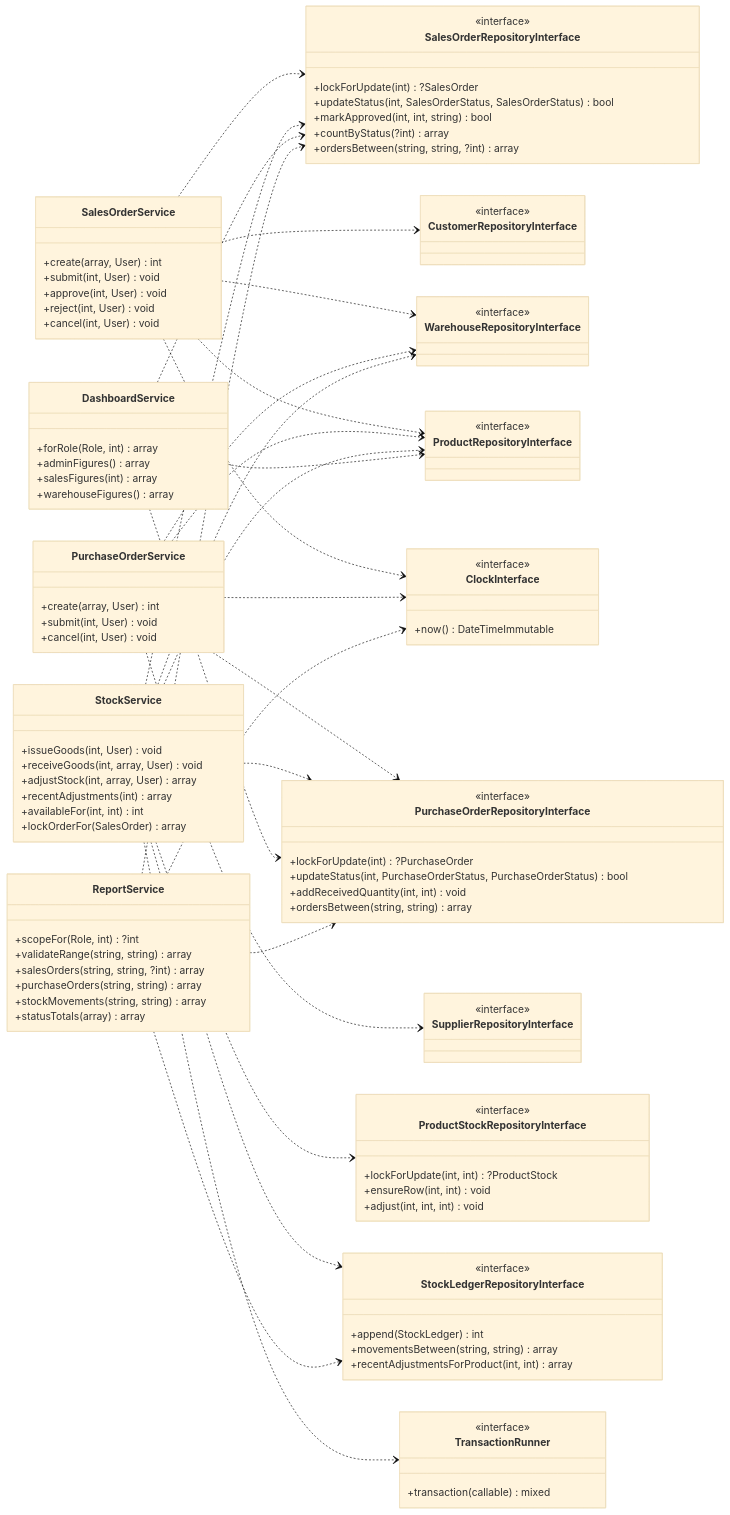
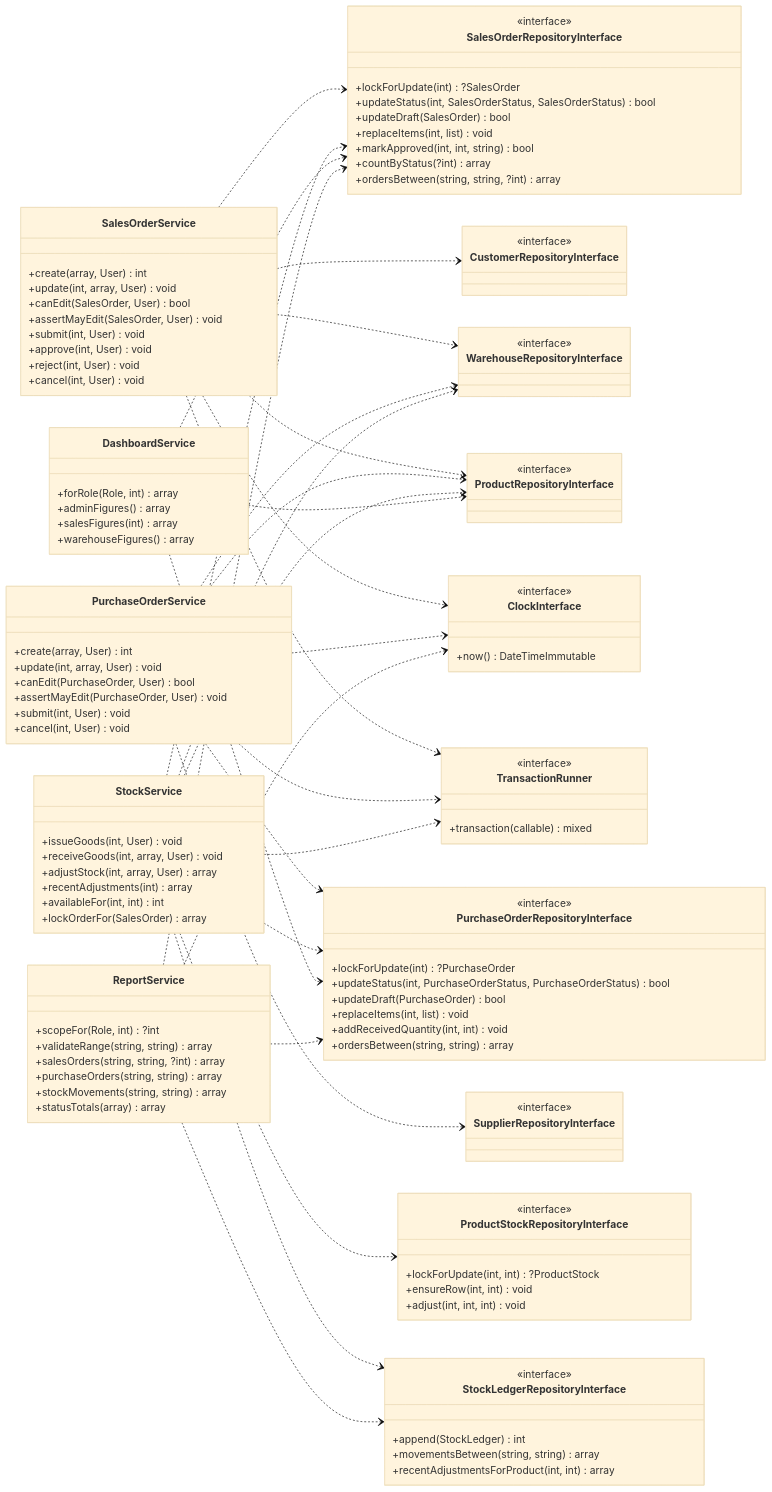
The first of 4 diagrams in docs/architecture/class-diagram-as-built.md (WillyMocha/inventory-order-management-system), drawn with Mermaid (base theme) before and after one commit. The commit also changed other lines of this file and 30 other files, not shown here.

Commit message:
docs: edit draft orders decision, contracts, diagrams and evidence

```diff
--- a/docs/architecture/class-diagram-as-built.md
+++ b/docs/architecture/class-diagram-as-built.md
@@ -41,6 +41,9 @@
 
     class SalesOrderService {
         +create(array, User) int
+        +update(int, array, User) void
+        +canEdit(SalesOrder, User) bool
+        +assertMayEdit(SalesOrder, User) void
         +submit(int, User) void
         +approve(int, User) void
         +reject(int, User) void
@@ -48,6 +51,9 @@
     }
     class PurchaseOrderService {
         +create(array, User) int
+        +update(int, array, User) void
+        +canEdit(PurchaseOrder, User) bool
+        +assertMayEdit(PurchaseOrder, User) void
         +submit(int, User) void
         +cancel(int, User) void
     }
@@ -78,6 +84,8 @@
         <<interface>>
         +lockForUpdate(int) ?SalesOrder
         +updateStatus(int, SalesOrderStatus, SalesOrderStatus) bool
+        +updateDraft(SalesOrder) bool
+        +replaceItems(int, list) void
         +markApproved(int, int, string) bool
         +countByStatus(?int) array
         +ordersBetween(string, string, ?int) array
@@ -86,6 +94,8 @@
         <<interface>>
         +lockForUpdate(int) ?PurchaseOrder
         +updateStatus(int, PurchaseOrderStatus, PurchaseOrderStatus) bool
+        +updateDraft(PurchaseOrder) bool
+        +replaceItems(int, list) void
         +addReceivedQuantity(int, int) void
         +ordersBetween(string, string) array
     }
@@ -127,12 +137,14 @@
     SalesOrderService ..> WarehouseRepositoryInterface
     SalesOrderService ..> ProductRepositoryInterface
     SalesOrderService ..> ClockInterface
+    SalesOrderService ..> TransactionRunner
 
     PurchaseOrderService ..> PurchaseOrderRepositoryInterface
     PurchaseOrderService ..> SupplierRepositoryInterface
     PurchaseOrderService ..> WarehouseRepositoryInterface
     PurchaseOrderService ..> ProductRepositoryInterface
     PurchaseOrderService ..> ClockInterface
+    PurchaseOrderService ..> TransactionRunner
 
     StockService ..> SalesOrderRepositoryInterface
     StockService ..> PurchaseOrderRepositoryInterface
```
